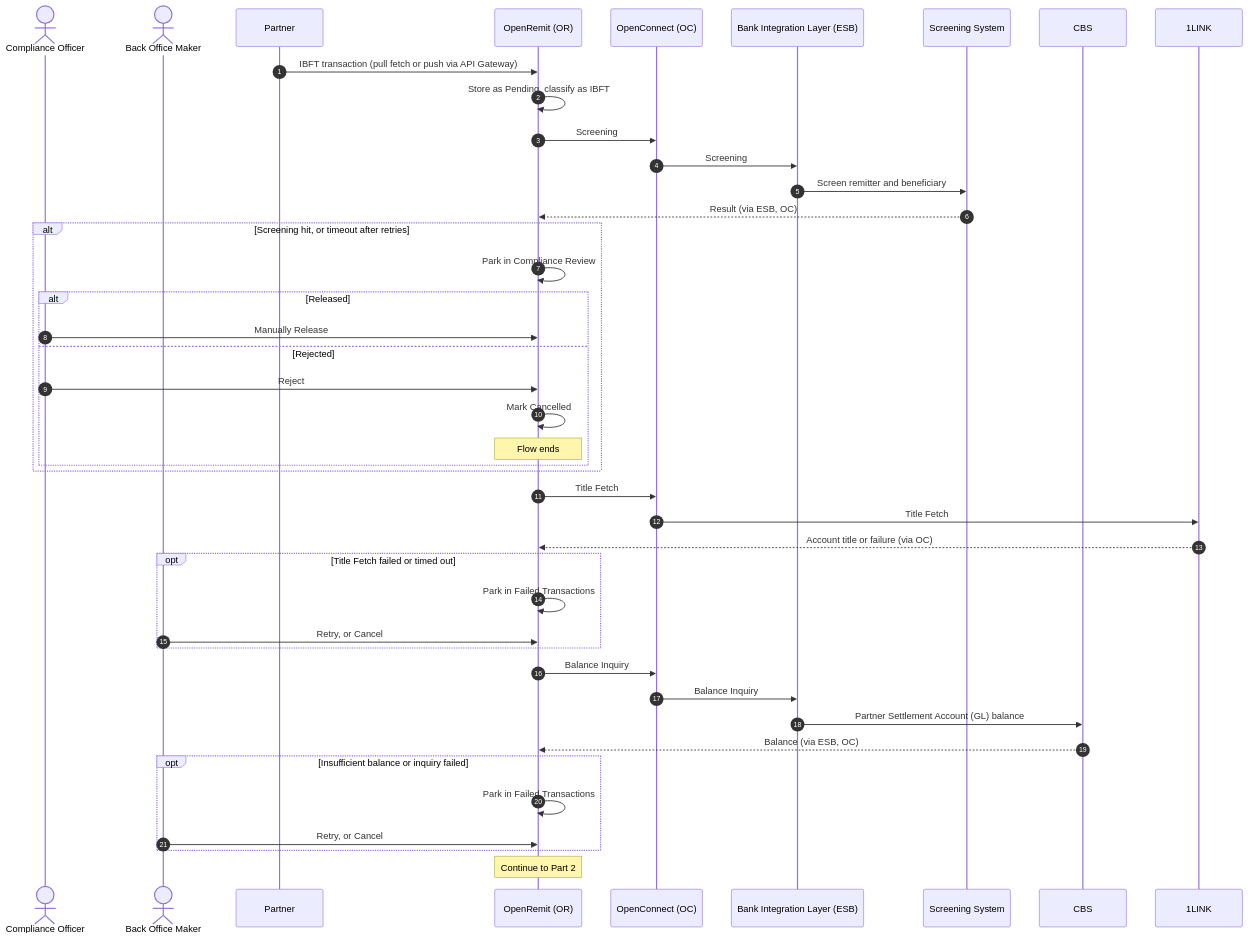
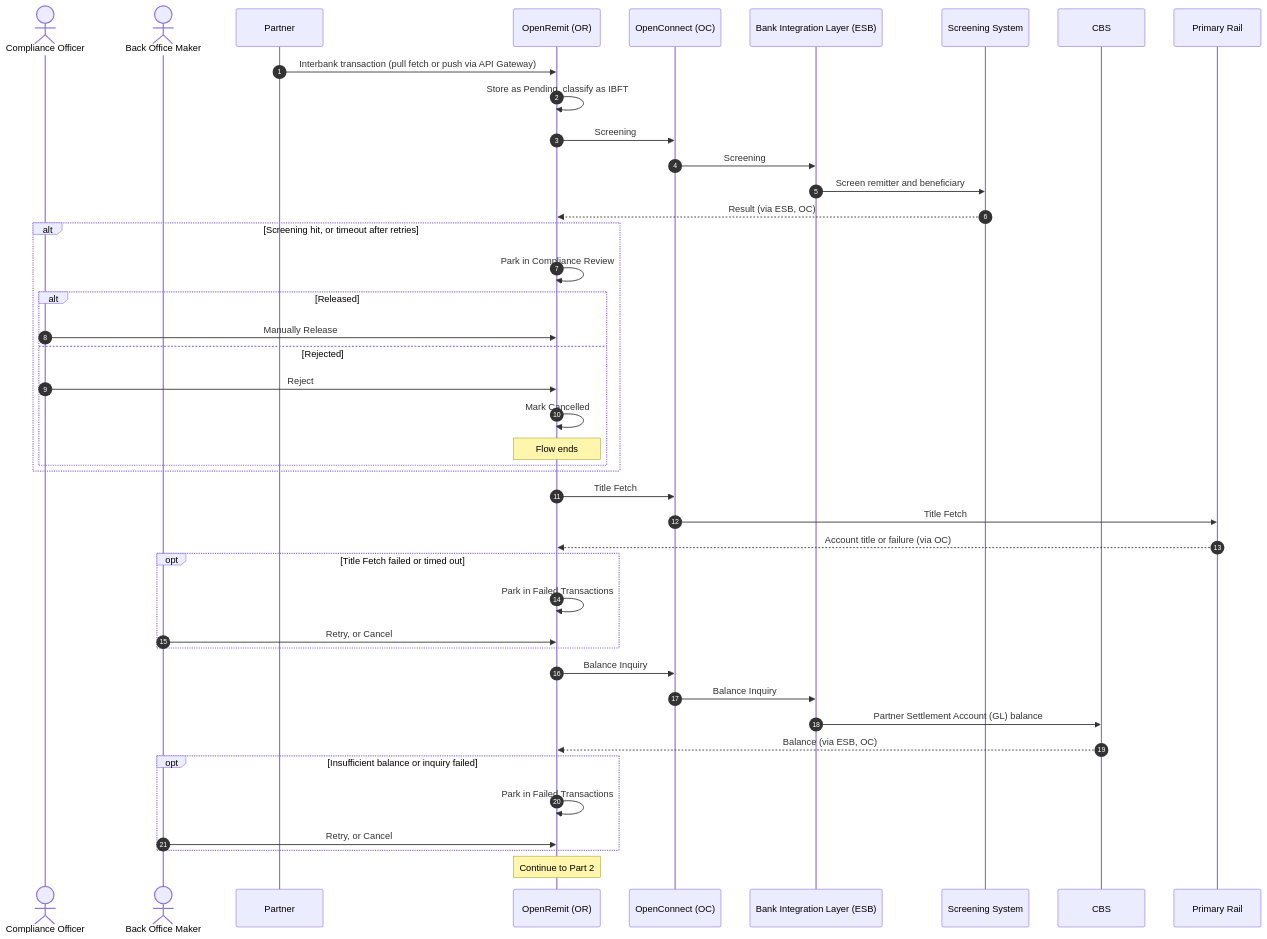
One commit to paysyslab/OpenRemit changed the first of 2 diagrams in docs/features/financial/ibft-rail-fallback.md. Above: the diagram before and after it, drawn with Mermaid. The commit also changed other lines of this file and 38 other files, not shown here.

````diff
--- a/docs/features/financial/ibft-rail-fallback.md
+++ b/docs/features/financial/ibft-rail-fallback.md
@@ -75,48 +79,48 @@
 ```mermaid
 sequenceDiagram
     autonumber
     actor CO as Compliance Officer
     actor BOM as Back Office Maker
     participant P as Partner
     participant OR as OpenRemit (OR)
     participant OC as OpenConnect (OC)
     participant ESB as Bank Integration Layer (ESB)
     participant SS as Screening System
     participant CBS
-    participant L1 as 1LINK
+    participant PR as Primary Rail
 
-    P->>OR: IBFT transaction (pull fetch or push via API Gateway)
+    P->>OR: Interbank transaction (pull fetch or push via API Gateway)
     OR->>OR: Store as Pending, classify as IBFT
     OR->>OC: Screening
     OC->>ESB: Screening
     ESB->>SS: Screen remitter and beneficiary
     SS-->>OR: Result (via ESB, OC)
     alt Screening hit, or timeout after retries
         OR->>OR: Park in Compliance Review
         alt Released
             CO->>OR: Manually Release
         else Rejected
             CO->>OR: Reject
             OR->>OR: Mark Cancelled
             Note over OR: Flow ends
         end
     end
 
     OR->>OC: Title Fetch
-    OC->>L1: Title Fetch
-    L1-->>OR: Account title or failure (via OC)
+    OC->>PR: Title Fetch
+    PR-->>OR: Account title or failure (via OC)
     opt Title Fetch failed or timed out
         OR->>OR: Park in Failed Transactions
         BOM->>OR: Retry, or Cancel
     end
 
     OR->>OC: Balance Inquiry
     OC->>ESB: Balance Inquiry
     ESB->>CBS: Partner Settlement Account (GL) balance
     CBS-->>OR: Balance (via ESB, OC)
     opt Insufficient balance or inquiry failed
         OR->>OR: Park in Failed Transactions
         BOM->>OR: Retry, or Cancel
     end
     Note over OR: Continue to Part 2
 ```
````
